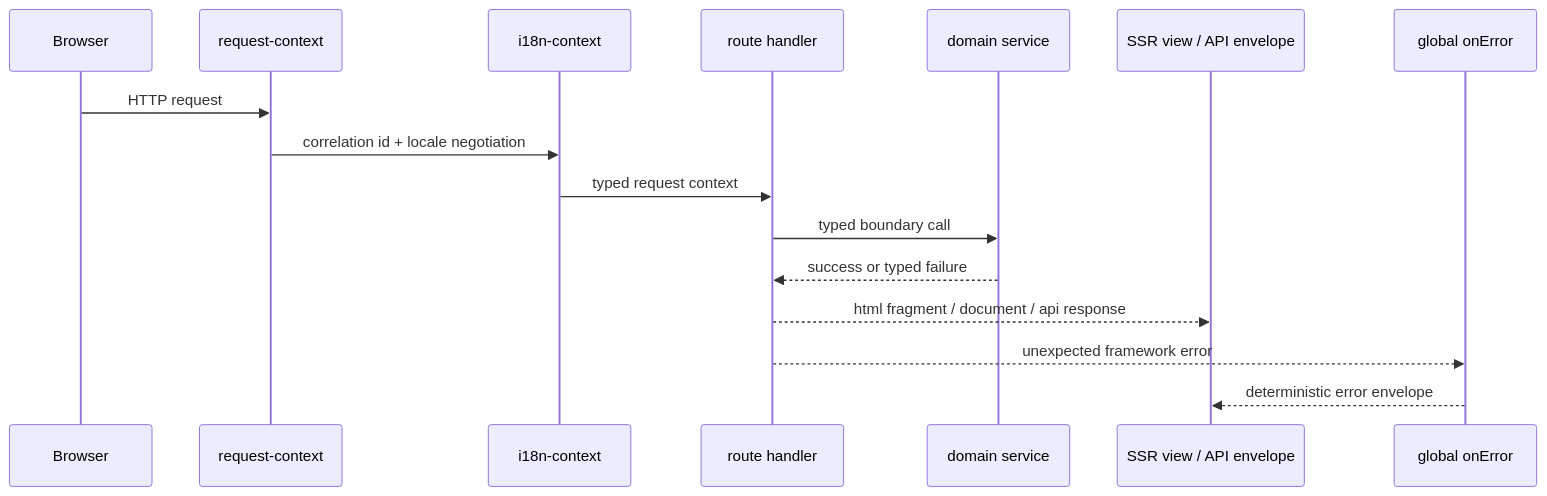
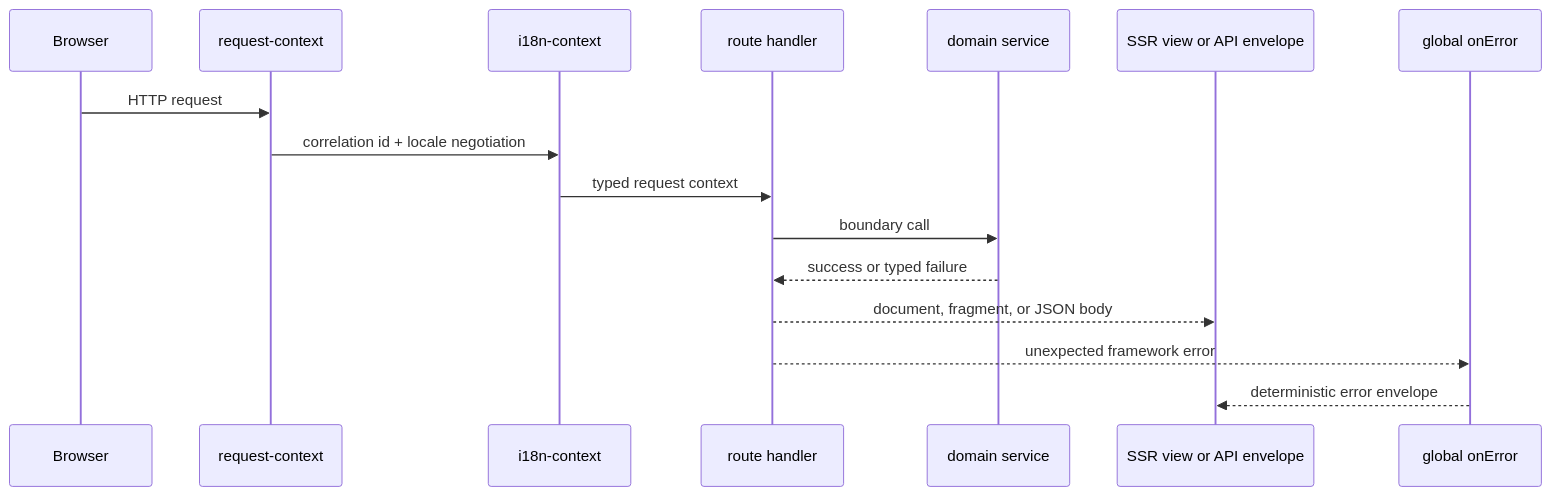
One commit to d4551/tea changed the second of 4 diagrams in README.md. Above: the diagram before and after it, drawn with Mermaid. The commit also changed other lines of this file and 2 other files, not shown here.

````diff
--- a/README.md
+++ b/README.md
@@ -71,19 +91,19 @@
 ```mermaid
 sequenceDiagram
   participant Browser
   participant Request as request-context
   participant Locale as i18n-context
   participant Route as route handler
   participant Domain as domain service
-  participant View as SSR view / API envelope
+  participant View as SSR view or API envelope
   participant Error as global onError
 
   Browser->>Request: HTTP request
   Request->>Locale: correlation id + locale negotiation
   Locale->>Route: typed request context
-  Route->>Domain: typed boundary call
+  Route->>Domain: boundary call
   Domain-->>Route: success or typed failure
-  Route-->>View: html fragment / document / api response
+  Route-->>View: document, fragment, or JSON body
   Route-->>Error: unexpected framework error
   Error-->>View: deterministic error envelope
 ```
````
